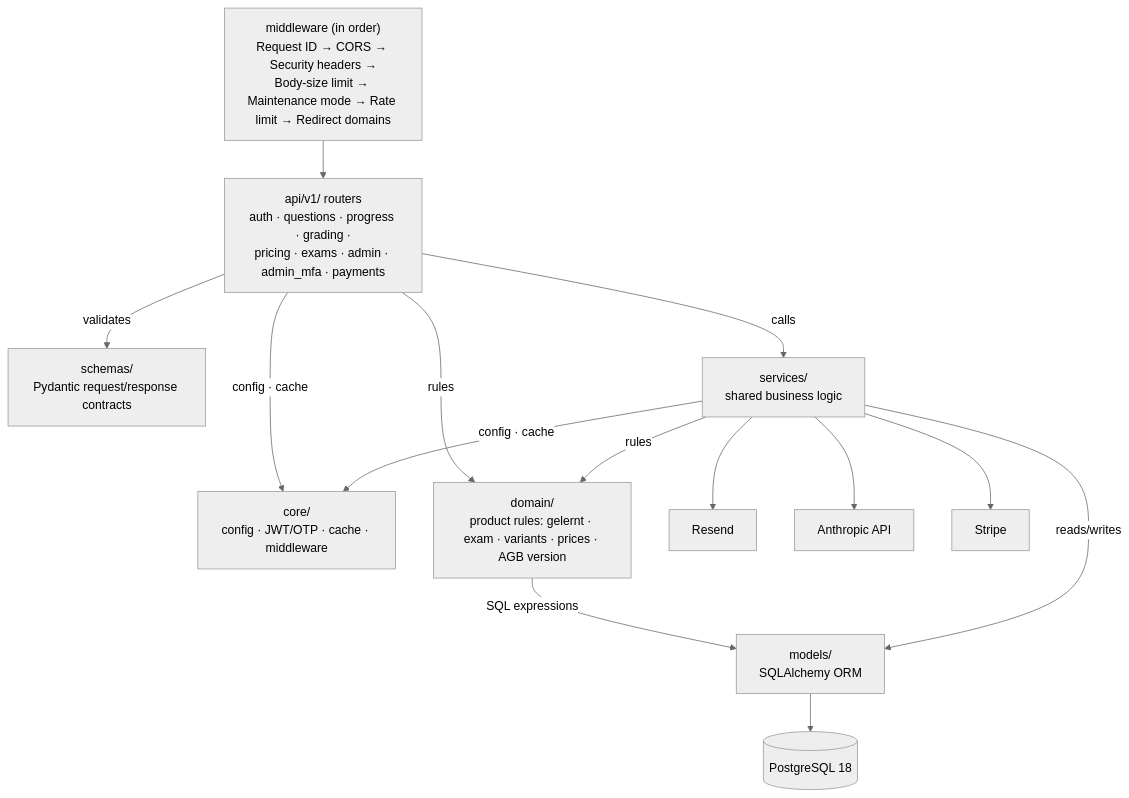
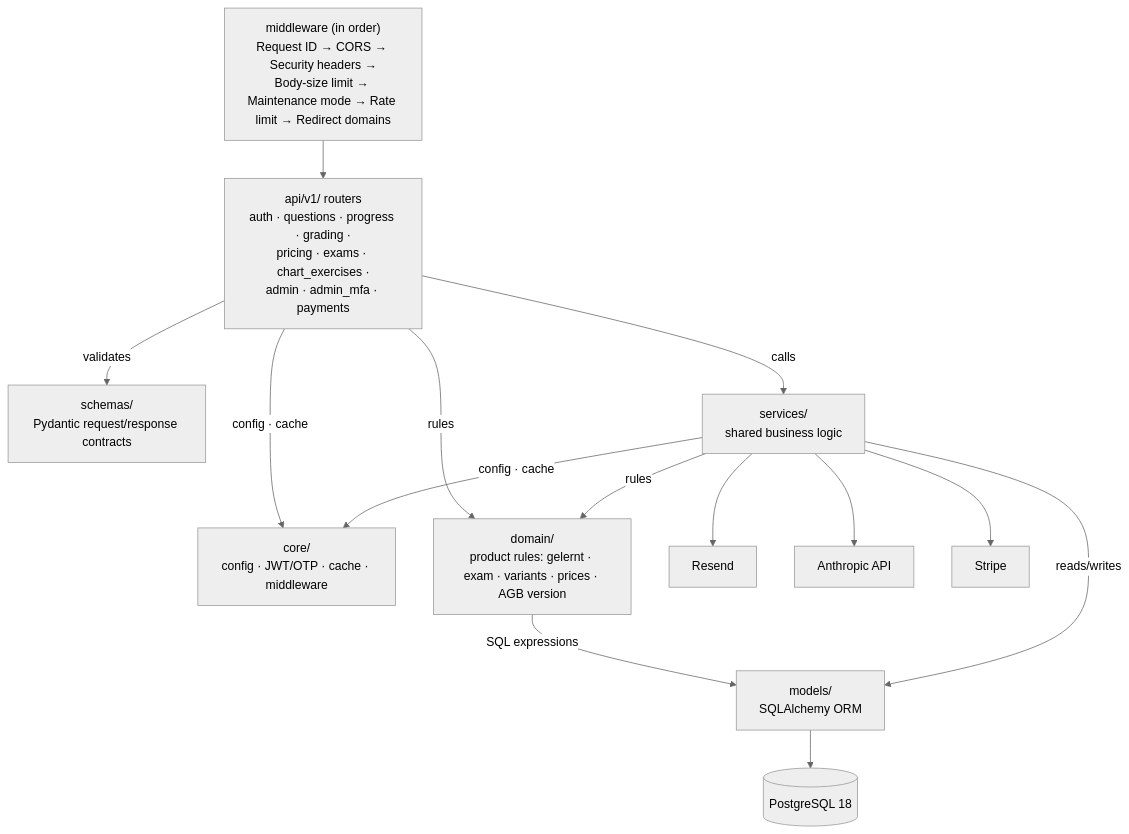
Before and after one commit to berndloeffeld/sks-lotse: the second of 3 diagrams in docs/ARCHITECTURE.md, drawn with Mermaid (neutral theme). The commit also changed other lines of this file and 15 other files, not shown here.

````diff
--- a/docs/ARCHITECTURE.md
+++ b/docs/ARCHITECTURE.md
@@ -68,28 +79,28 @@
 ```mermaid
 graph TD
     MW["middleware (in order)<br/>Request ID → CORS → Security headers →<br/>Body-size limit → Maintenance mode → Rate limit → Redirect domains"]
-    Routers["api/v1/ routers<br/>auth · questions · progress · grading ·<br/>pricing · exams · admin · admin_mfa · payments"]
+    Routers["api/v1/ routers<br/>auth · questions · progress · grading ·<br/>pricing · exams · chart_exercises ·<br/>admin · admin_mfa · payments"]
     Schemas["schemas/<br/>Pydantic request/response contracts"]
     Core["core/<br/>config · JWT/OTP · cache · middleware"]
     Services["services/<br/>shared business logic"]
     Domain["domain/<br/>product rules: gelernt · exam · variants · prices · AGB version"]
     Models["models/<br/>SQLAlchemy ORM"]
     DB[(PostgreSQL 18)]
     Resend[Resend]
     Anthropic[Anthropic API]
     Stripe[Stripe]
 
     MW --> Routers
     Routers -- validates --> Schemas
     Routers -- "config · cache" --> Core
     Routers -- calls --> Services
     Services -- "config · cache" --> Core
     Routers -- rules --> Domain
     Services -- rules --> Domain
     Domain -- "SQL expressions" --> Models
     Services -- "reads/writes" --> Models
     Models --> DB
     Services --> Resend
     Services --> Anthropic
     Services --> Stripe
 ```
````
